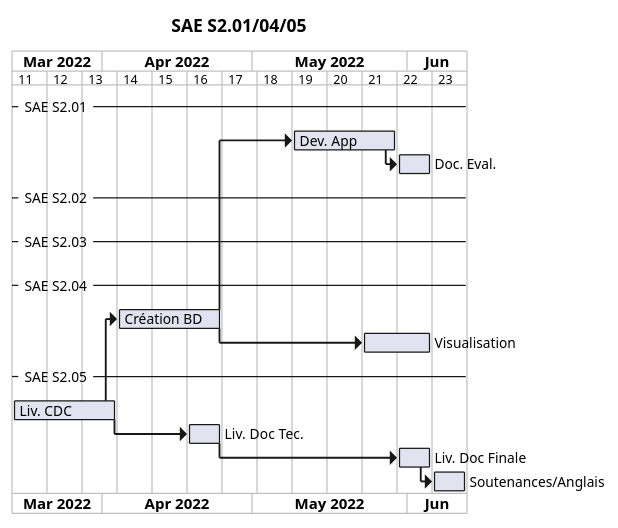
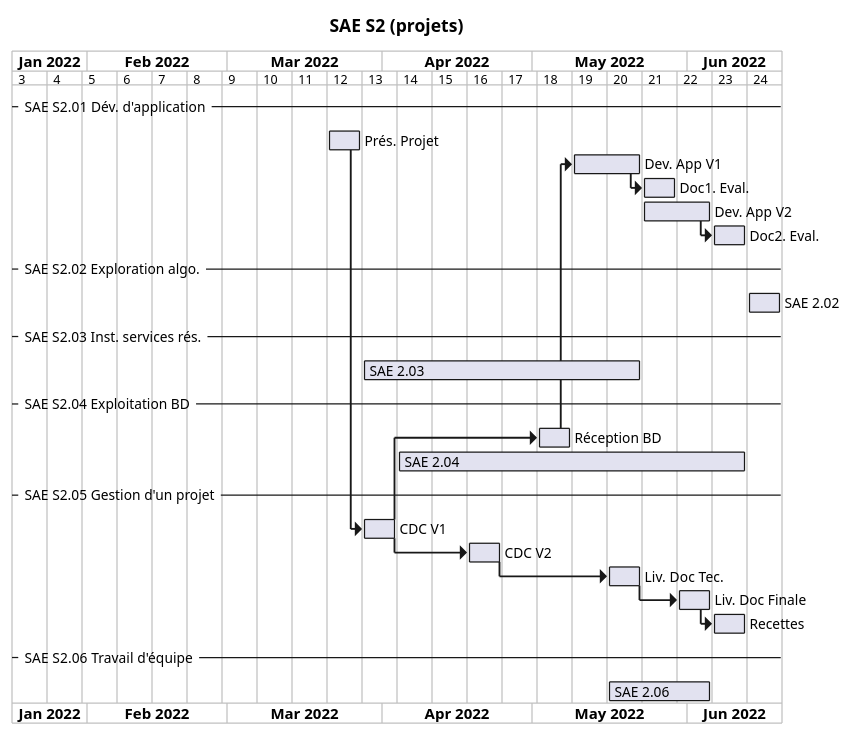
The diagram in planif-sae-s2.plantuml (IUT-Blagnac/BUT-PN2021), drawn with PlantUML before and after one commit.

Commit message:
update planif

```diff
--- a/planif-sae-s2.plantuml
+++ b/planif-sae-s2.plantuml
@@ -1,58 +1,87 @@
-@startgantt planif-sae-s2
+@startgantt 
 
-skinparam {
-    FontName Impact
-}
-
-title SAE S2.01/04/05
+title SAE S2 (projets)
 
 printscale weekly
 
-Project starts the 14th of March 2022
+Project starts the 17th of January 2022
+'17th of January
+'14th of March
 
--- SAE S2.01 --
+-- SAE S2.01 Dév. d'application --
 
-[Dev. App] starts the 9th of May 2022
-[Dev. App] lasts 3 weeks
-[Doc. Eval.] lasts 1 week
+[Prés. Projet] starts on the 21st of March 2022
+[Prés. Projet] lasts 1 week
 
-[Dev. App] -> [Doc. Eval.] 
+[Dev. App V1] starts the 9th of May 2022
+[Dev. App V1] lasts 2 weeks
 
--- SAE S2.02 --
+[Doc1. Eval.] lasts 1 week
 
--- SAE S2.03 --
+[Dev. App V1] -> [Doc1. Eval.] 
 
--- SAE S2.04 --
+[Dev. App V2] starts the 23rd of May 2022
+[Dev. App V2] lasts 2 weeks
 
-[Création BD] lasts 3 weeks
-[Création BD] starts the 4h of April 2022
+[Dev. App V2] -> [Doc2. Eval.] 
+[Doc2. Eval.] lasts 1 week
 
-[Visualisation] starts the 23th of May 2022
-[Visualisation] lasts 2 weeks
+-- SAE S2.02 Exploration algo. --
 
-[Création BD] -> [Visualisation]
+[SAE 2.02] lasts 1 weeks
+[SAE 2.02] starts the 13th of June 2022
 
--- SAE S2.05 --
+-- SAE S2.03 Inst. services rés. --
 
-[Liv. CDC] lasts 3 weeks
+[SAE 2.03] lasts 8 weeks
+[SAE 2.03] starts the 28th of March 2022
 
-[Liv. Doc Tec.] starts the 18th of April 2022 
+-- SAE S2.04 Exploitation BD --
+
+[Réception BD] lasts 1 weeks
+[Réception BD] starts the 2nd of May 2022
+
+[SAE 2.04] lasts 10 weeks
+[SAE 2.04] starts the 4th of April 2022
+
+' [Visualisation] starts the 23th of May 2022
+' [Visualisation] lasts 2 weeks
+
+' [Réception BD] -> [Visualisation]
+
+-- SAE S2.05 Gestion d'un projet --
+
+[CDC V1] lasts 1 week
+[CDC V1] starts the 28th of March 2022
+
+[CDC V2] lasts 1 week
+[CDC V2] starts the 18th of April 2022
+
+[CDC V1] -> [CDC V2]
+
+[Liv. Doc Tec.] starts the 16th of May 2022 
 [Liv. Doc Tec.] lasts 1 week
 
 [Liv. Doc Finale] lasts 1 week
 [Liv. Doc Finale] starts the 30th of May 2022
 
-[Soutenances/Anglais] lasts 1 week
-[Soutenances/Anglais] starts the 6th of June 2022
+[Recettes] lasts 1 week
+[Recettes] starts the 6th of June 2022
 
-[Liv. CDC] -> [Liv. Doc Tec.] 
+[CDC V2] -> [Liv. Doc Tec.] 
 [Liv. Doc Tec.] -> [Liv. Doc Finale]
-[Liv. Doc Finale] -> [Soutenances/Anglais]
+[Liv. Doc Finale] -> [Recettes]
+
+-- SAE S2.06 Travail d'équipe --
+
+[SAE 2.06] lasts 3 weeks
+[SAE 2.06] starts the 16th of May 2022
 
 '-- Liens inter - SAEs --
 
-[Liv. CDC] -> [Création BD] 
-[Création BD] -> [Dev. App]
+[Prés. Projet] -> [CDC V1]
+[CDC V1] -> [Réception BD] 
+[Réception BD] -> [Dev. App V1]
 
 
 @endgantt
```
